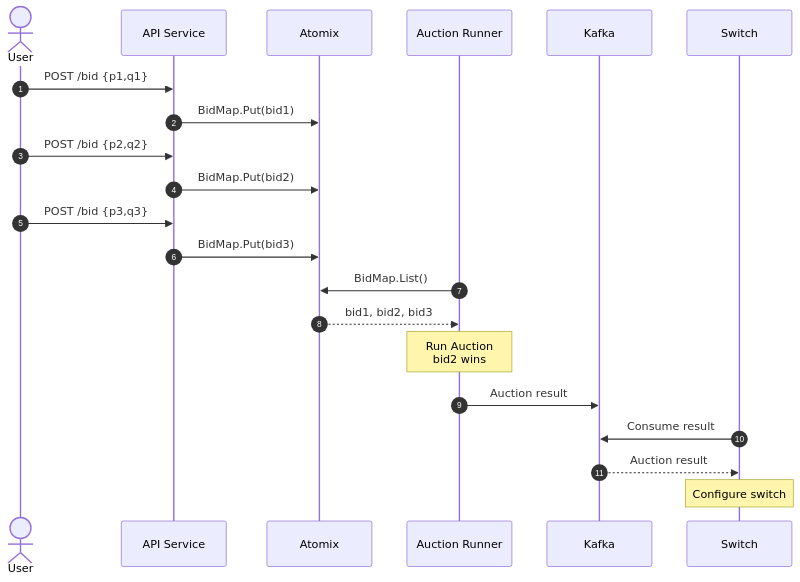
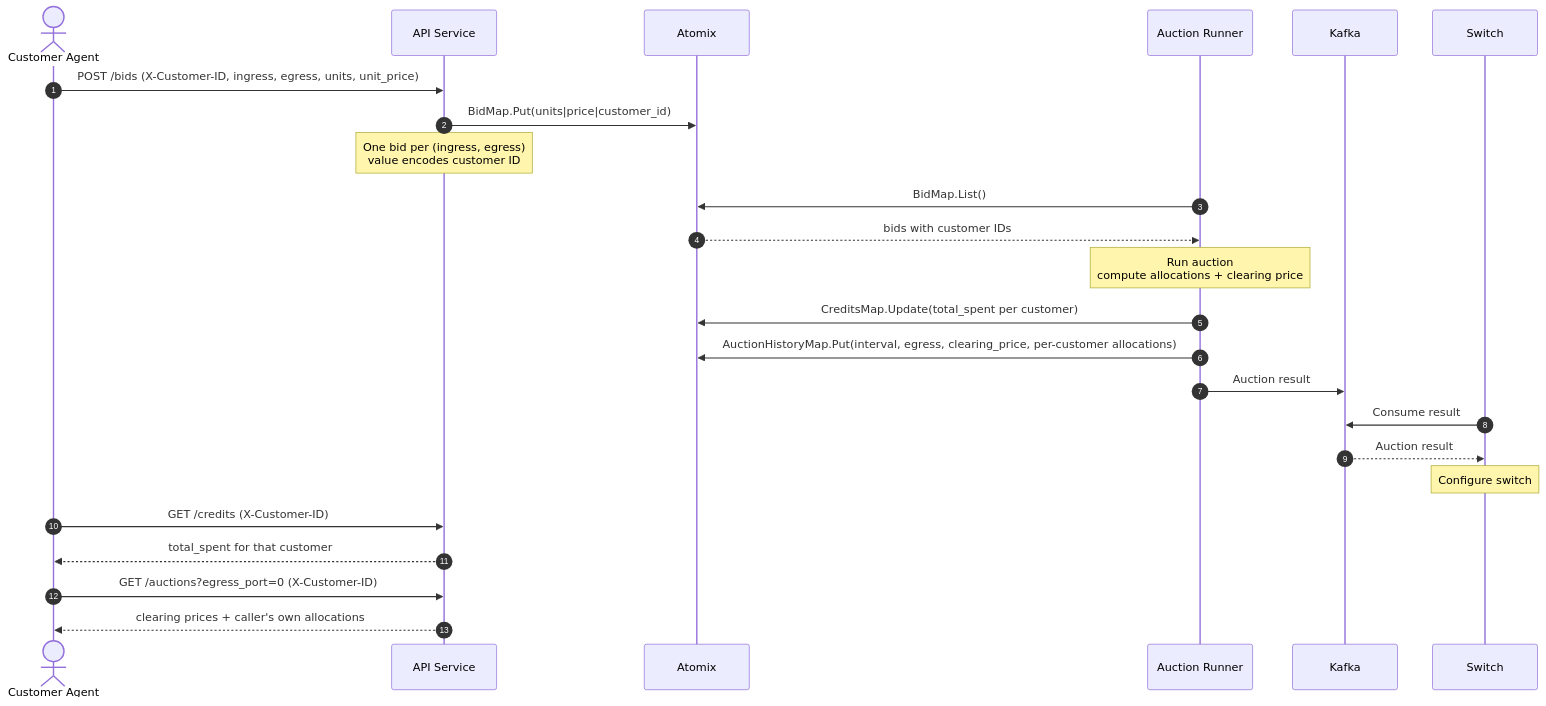
One commit to chew01/ixp-gcp changed the first of 2 diagrams in docs/sequence.md. Above: the diagram before and after it, drawn with Mermaid. The commit also changed 5 other files, not shown here.

````diff
--- a/docs/sequence.md
+++ b/docs/sequence.md
@@ -4,24 +4,32 @@
 ```mermaid
 sequenceDiagram
     autonumber
-    actor U as User
+    actor C as Customer Agent
     participant A as API Service
     participant D as Atomix
     participant R as Auction Runner
     participant K as Kafka
     participant S as Switch
 
-    U ->> A: POST /bid {p1,q1}
-    A ->> D: BidMap.Put(bid1)
-    U ->> A: POST /bid {p2,q2}
-    A ->> D: BidMap.Put(bid2)
-    U ->> A: POST /bid {p3,q3}
-    A ->> D: BidMap.Put(bid3)
+    C ->> A: POST /bids (X-Customer-ID, ingress, egress, units, unit_price)
+    A ->> D: BidMap.Put(units|price|customer_id)
+    Note over A: One bid per (ingress, egress)<br/>value encodes customer ID
+
     R ->> D: BidMap.List()
-    D -->> R: bid1, bid2, bid3
-    Note over R: Run Auction<br/>bid2 wins
+    D -->> R: bids with customer IDs
+    Note over R: Run auction<br/>compute allocations + clearing price
+
+    R ->> D: CreditsMap.Update(total_spent per customer)
+    R ->> D: AuctionHistoryMap.Put(interval, egress, clearing_price, per-customer allocations)
+
     R ->> K: Auction result
     S ->> K: Consume result
     K -->> S: Auction result
     Note over S: Configure switch
+
+    C ->> A: GET /credits (X-Customer-ID)
+    A -->> C: total_spent for that customer
+
+    C ->> A: GET /auctions?egress_port=0 (X-Customer-ID)
+    A -->> C: clearing prices + caller's own allocations
 ```
````
